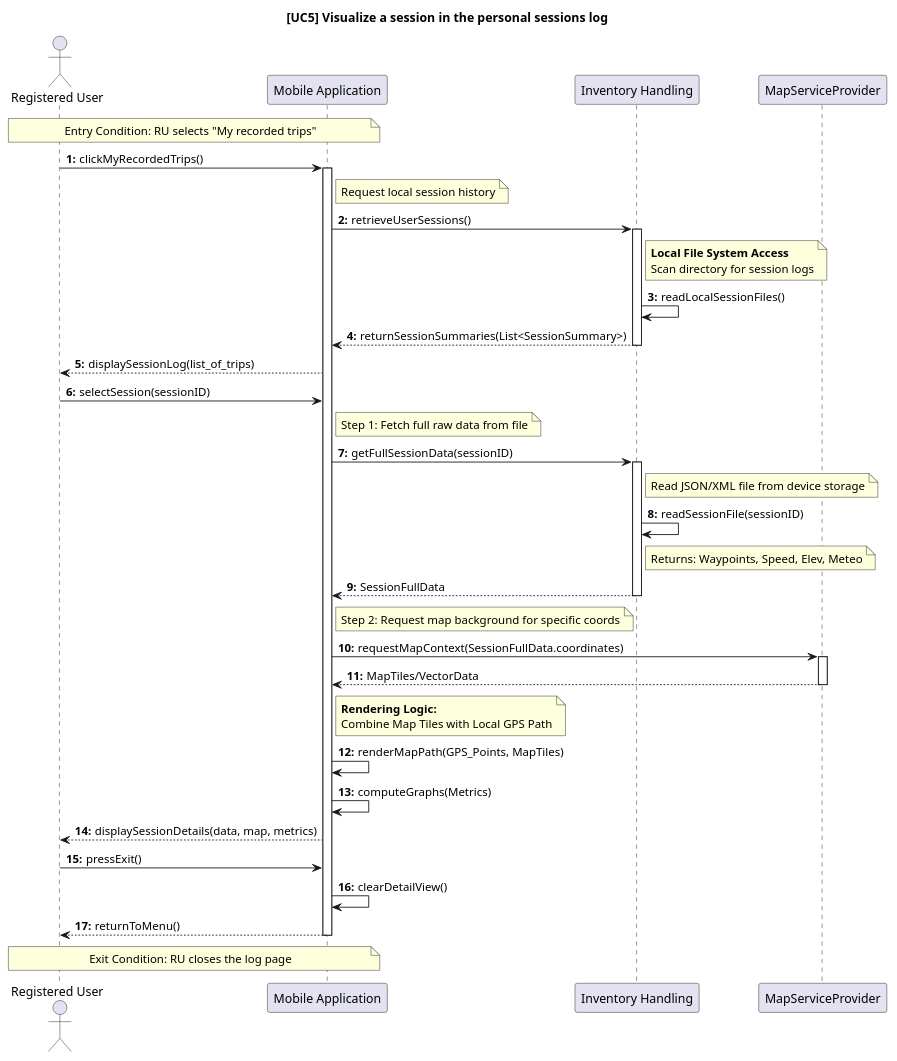
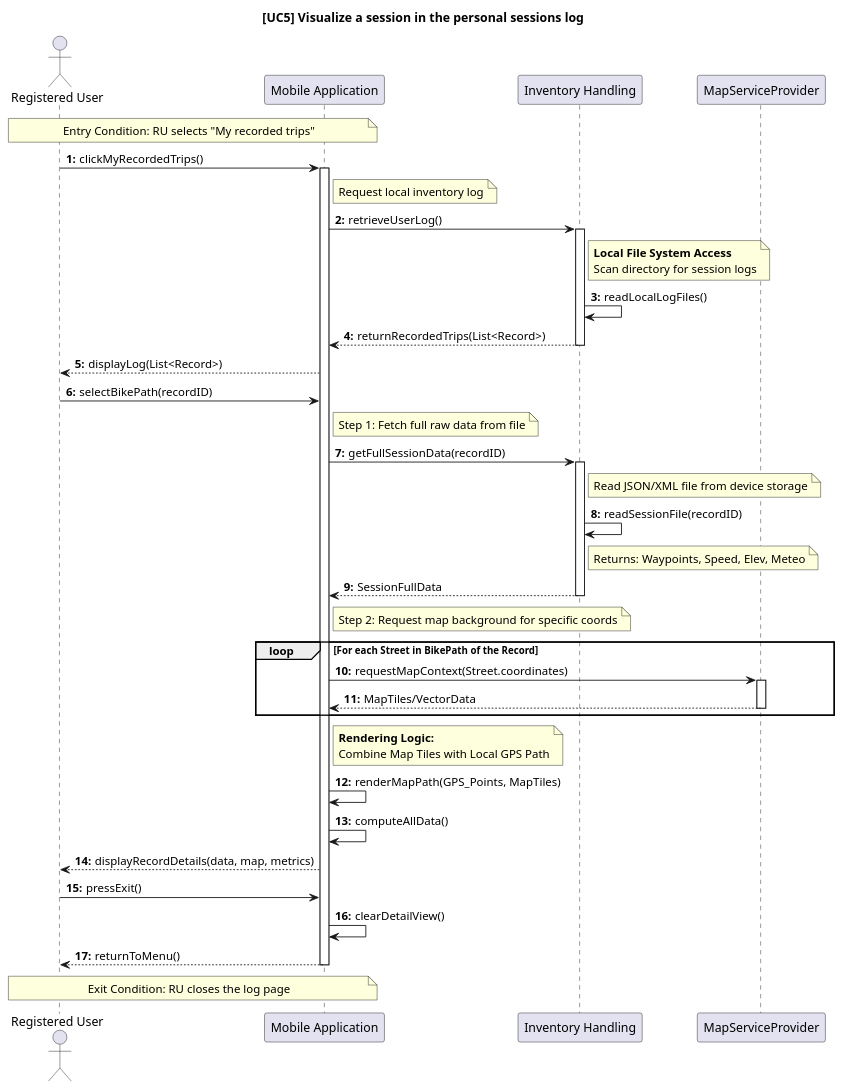
One commit to ilevinci/RubinoUvinsiVinciguerra changed the diagram in DD/sequencediagrams/usecase5.puml. Above: the diagram before and after it, drawn with PlantUML. The commit also changed 5 other files, not shown here.

Commit message:
changes in consistency between sequence diagram and class diagram

```diff
--- a/DD/sequencediagrams/usecase5.puml
+++ b/DD/sequencediagrams/usecase5.puml
@@ -1,82 +1,83 @@
 @startuml UC5_VisualizeSessionLog_Local
 autonumber "<b>0:"
 title [UC5] Visualize a session in the personal sessions log
 
 ' =======================================================
 ' COMPONENT DEFINITION
 ' =======================================================
 actor "Registered User" as RU
 participant "Mobile Application" as Client
 
 ' Componente che gestisce l'archivio locale
 participant "Inventory Handling" as IH
 
 ' Servizio Esterno per il rendering mappe
 participant "MapServiceProvider" as Map
 
 ' =======================================================
 ' ENTRY CONDITION
 ' =======================================================
 note over RU, Client: Entry Condition: RU selects "My recorded trips"
 
 ' =======================================================
 ' (a) SYSTEM SHOWS THE SESSIONS LOG
 ' =======================================================
 RU -> Client: clickMyRecordedTrips()
 activate Client
 
-note right of Client: Request local session history
-Client -> IH: retrieveUserSessions()
+note right of Client: Request local inventory log
+Client -> IH: retrieveUserLog()
 activate IH
 
 ' Accesso al File System Locale
 note right of IH: **Local File System Access**\nScan directory for session logs
-IH -> IH: readLocalSessionFiles()
+IH -> IH: readLocalLogFiles()
 
-' Ritorno lista sommari
-IH --> Client: returnSessionSummaries(List<SessionSummary>)
+IH --> Client: returnRecordedTrips(List<Record>)
 deactivate IH
 
 ' Visualizzazione Lista
-Client --> RU: displaySessionLog(list_of_trips)
-
+Client --> RU: displayLog(List<Record>)
 ' =======================================================
 ' (b) RU FINDS AND SELECTS THE SESSION
 ' =======================================================
-RU -> Client: selectSession(sessionID)
+RU -> Client: selectBikePath(recordID)
 
 ' 1. Recupero Dati Sessione dallo Storage Locale
 note right of Client: Step 1: Fetch full raw data from file
-Client -> IH: getFullSessionData(sessionID)
+Client -> IH: getFullSessionData(recordID)
 activate IH
 
 note right of IH: Read JSON/XML file from device storage
-IH -> IH: readSessionFile(sessionID)
+IH -> IH: readSessionFile(recordID)
 note right of IH: Returns: Waypoints, Speed, Elev, Meteo
 IH --> Client: SessionFullData
 deactivate IH
 
 ' 2. Recupero Mappa dal Service Provider
 note right of Client: Step 2: Request map background for specific coords
-Client -> Map: requestMapContext(SessionFullData.coordinates)
-activate Map
-Map --> Client: MapTiles/VectorData
-deactivate Map
+loop For each Street in BikePath of the Record
+
+    Client -> Map: requestMapContext(Street.coordinates)
+    activate Map
+    Map --> Client: MapTiles/VectorData
+    deactivate Map
+end
 
 ' Rendering lato Client
 note right of Client: **Rendering Logic:**\nCombine Map Tiles with Local GPS Path
 Client -> Client: renderMapPath(GPS_Points, MapTiles)
-Client -> Client: computeGraphs(Metrics)
+Client -> Client: computeAllData()
 
-Client --> RU: displaySessionDetails(data, map, metrics)
+Client --> RU: displayRecordDetails(data, map, metrics)
 
 ' =======================================================
 ' EXIT CONDITION
 ' =======================================================
 RU -> Client: pressExit()
 Client -> Client: clearDetailView()
 Client --> RU: returnToMenu()
 note over RU, Client: Exit Condition: RU closes the log page
 
 deactivate Client
 @enduml
```
